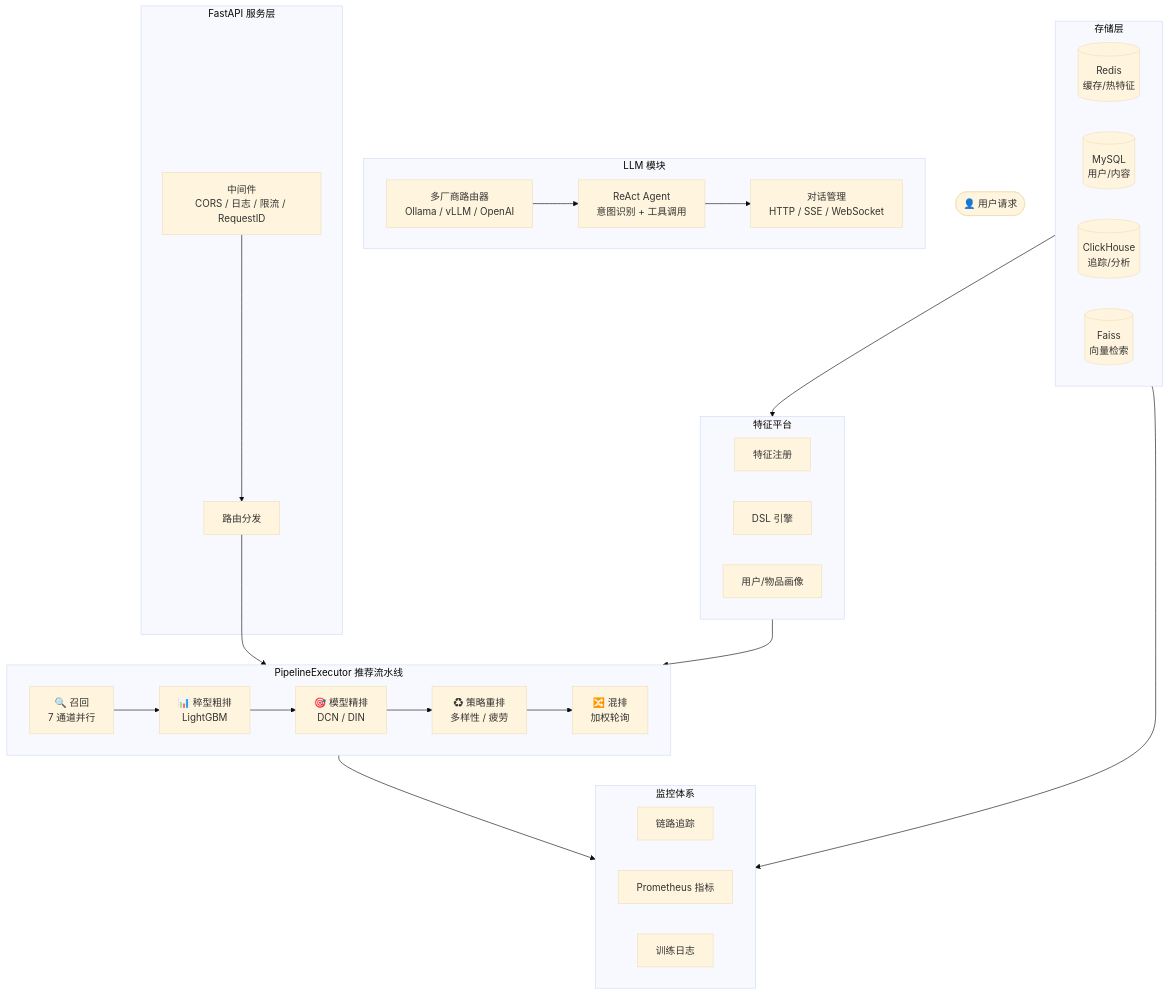
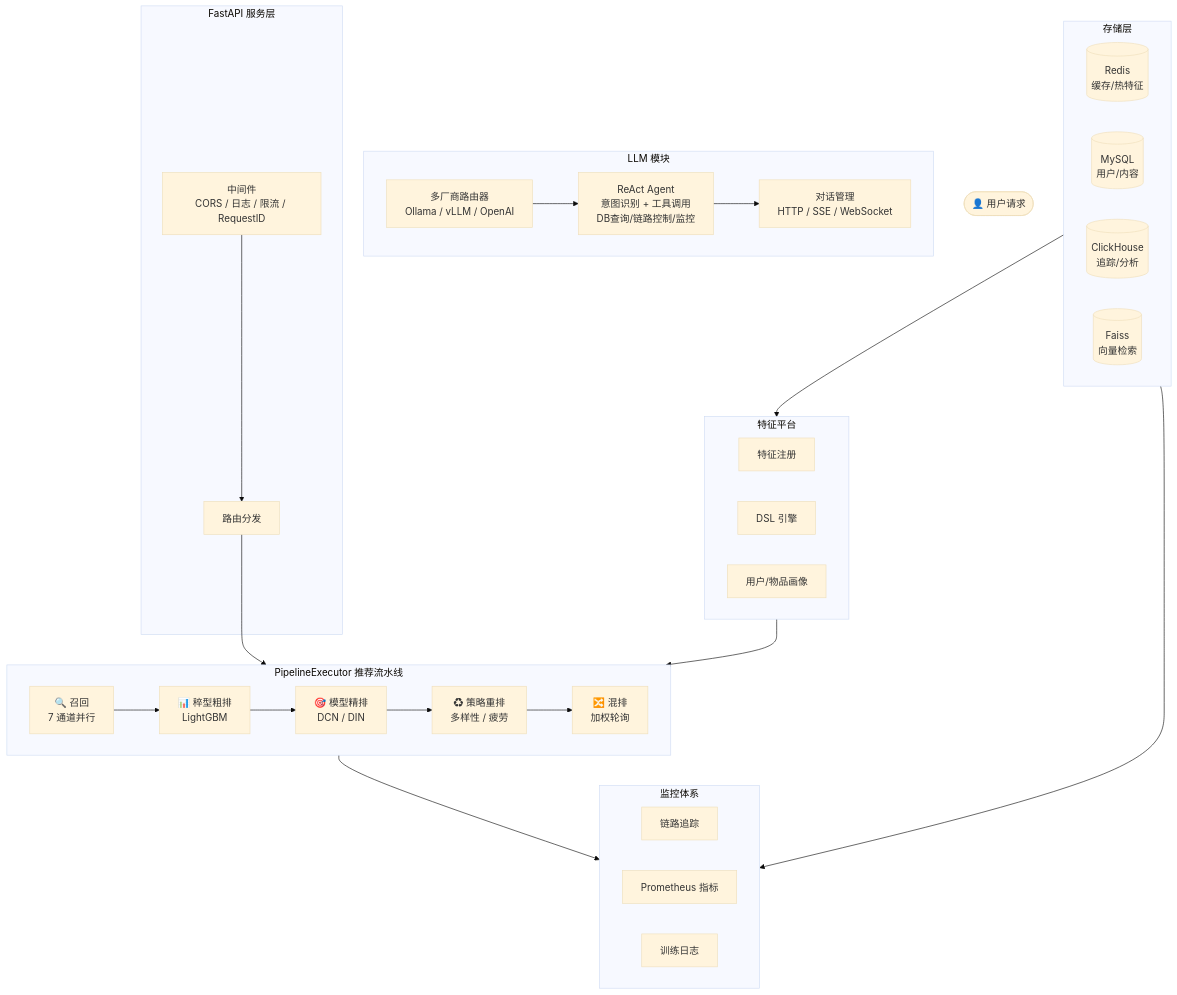
The diagram in README.md (wenkangwei/llm-rec-platform), drawn with Mermaid (base theme) before and after one commit. The commit also changed other lines of this file and 11 other files, not shown here.

````diff
--- a/README.md
+++ b/README.md
@@ -21,54 +24,54 @@
 ```mermaid
 flowchart TB
     User(["👤 用户请求"])
 
     subgraph Server["FastAPI 服务层"]
         MW["中间件<br/>CORS / 日志 / 限流 / RequestID"]
         Router["路由分发"]
     end
 
     MW --> Router
 
     subgraph Pipeline["PipelineExecutor 推荐流水线"]
         direction LR
         Recall["🔍 召回<br/>7 通道并行"] --> PreRank["📊 稡型粗排<br/>LightGBM"]
         PreRank --> Rank["🎯 模型精排<br/>DCN / DIN"]
         Rank --> ReRank["♻ 策略重排<br/>多样性 / 疲劳"]
         ReRank --> Mixer["🔀 混排<br/>加权轮询"]
     end
 
     Router --> Pipeline
 
     subgraph LLM["LLM 模块"]
         LLMRouter["多厂商路由器<br/>Ollama / vLLM / OpenAI"]
-        Agent["ReAct Agent<br/>意图识别 + 工具调用"]
+        Agent["ReAct Agent<br/>意图识别 + 工具调用<br/>DB查询/链路控制/监控"]
         Chat["对话管理<br/>HTTP / SSE / WebSocket"]
     end
 
     subgraph Feature["特征平台"]
         Registry["特征注册"]
         Engine["DSL 引擎"]
         Profile["用户/物品画像"]
     end
 
     subgraph Monitor["监控体系"]
         Tracer["链路追踪"]
         Metrics["Prometheus 指标"]
         Logger["训练日志"]
     end
 
     Pipeline --> Monitor
     Feature --> Pipeline
     LLMRouter --> Agent
     Agent --> Chat
 
     subgraph Storage["存储层"]
         Redis[("Redis<br/>缓存/热特征")]
         MySQL[("MySQL<br/>用户/内容")]
         CH[("ClickHouse<br/>追踪/分析")]
         Faiss[("Faiss<br/>向量检索")]
     end
 
     Storage --> Feature
     Storage --> Monitor
 ```
````
